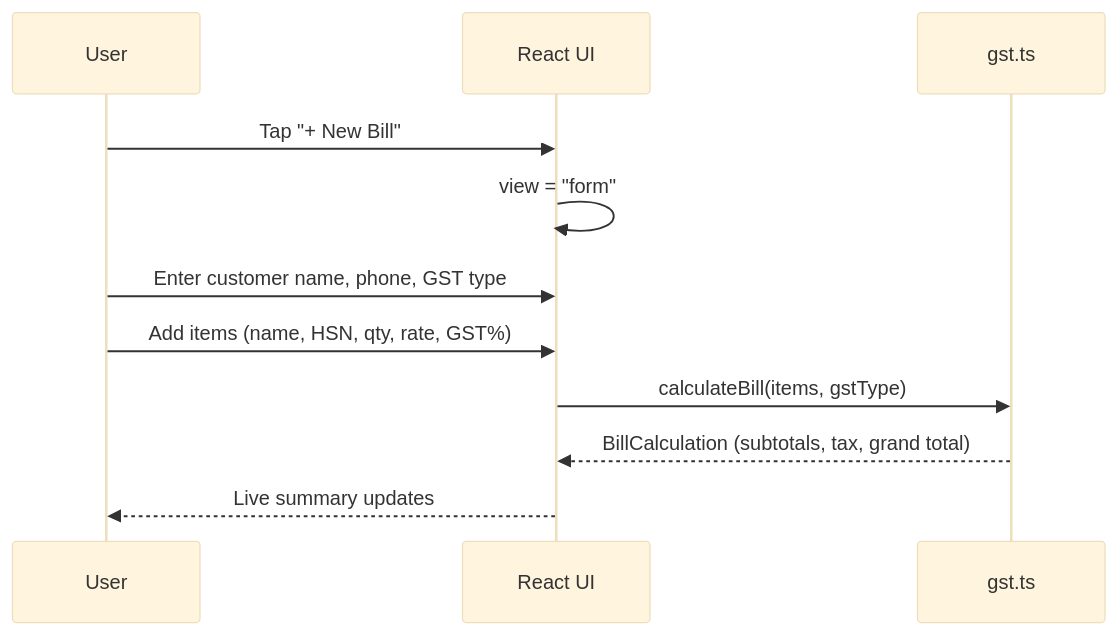
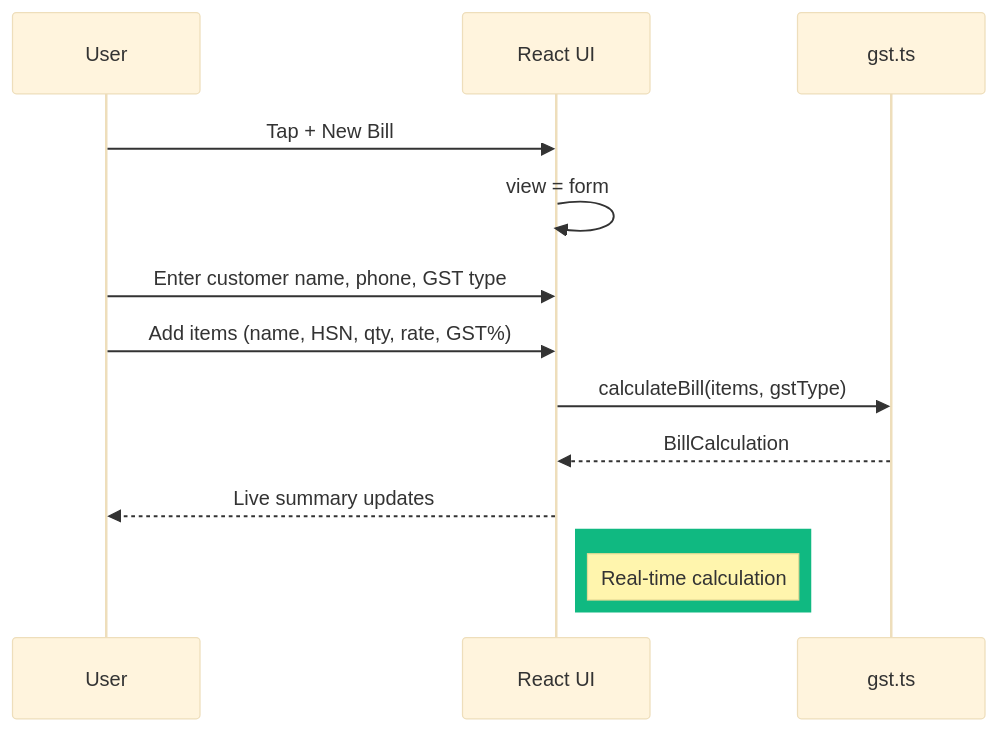
The sixth of 11 diagrams in ARCHITECTURE.md (sanjanb/bill-buddy), drawn with Mermaid (base theme) before and after one commit. The commit also changed other lines of this file, not shown here.

Commit message:
docs: update ARCHITECTURE.md with styled Mermaid diagrams and refined descriptions

````diff
--- a/ARCHITECTURE.md
+++ b/ARCHITECTURE.md
@@ -207,14 +242,18 @@
 ```mermaid
 sequenceDiagram
     participant U as User
     participant R as React UI
     participant G as gst.ts
 
-    U->>R: Tap "+ New Bill"
-    R->>R: view = "form"
+    U->>R: Tap + New Bill
+    R->>R: view = form
     U->>R: Enter customer name, phone, GST type
     U->>R: Add items (name, HSN, qty, rate, GST%)
     R->>G: calculateBill(items, gstType)
-    G-->>R: BillCalculation (subtotals, tax, grand total)
+    G-->>R: BillCalculation
     R-->>U: Live summary updates
+
+    rect rgb(16, 185, 129)
+    Note right of R: Real-time calculation
+    end
 ```
````
